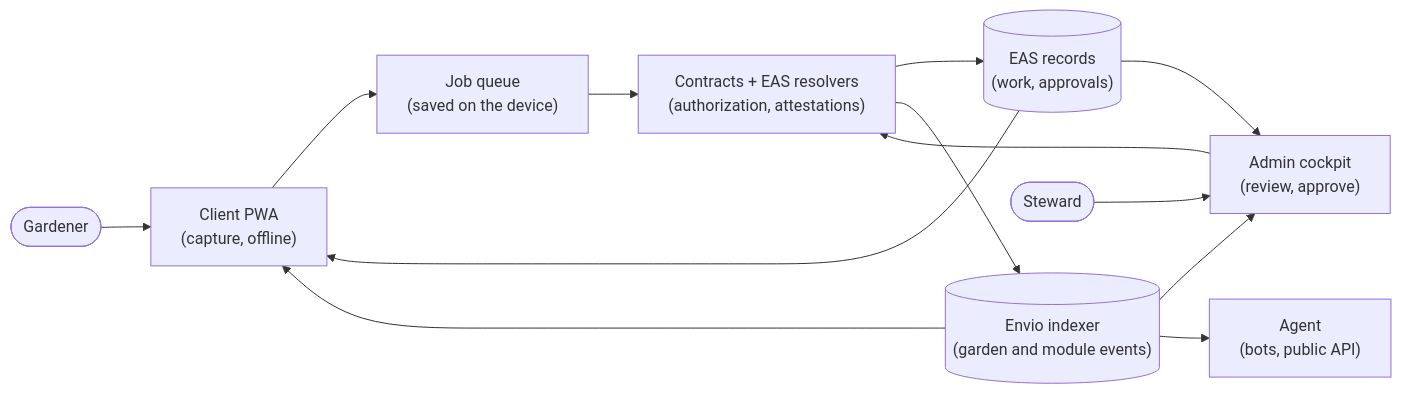
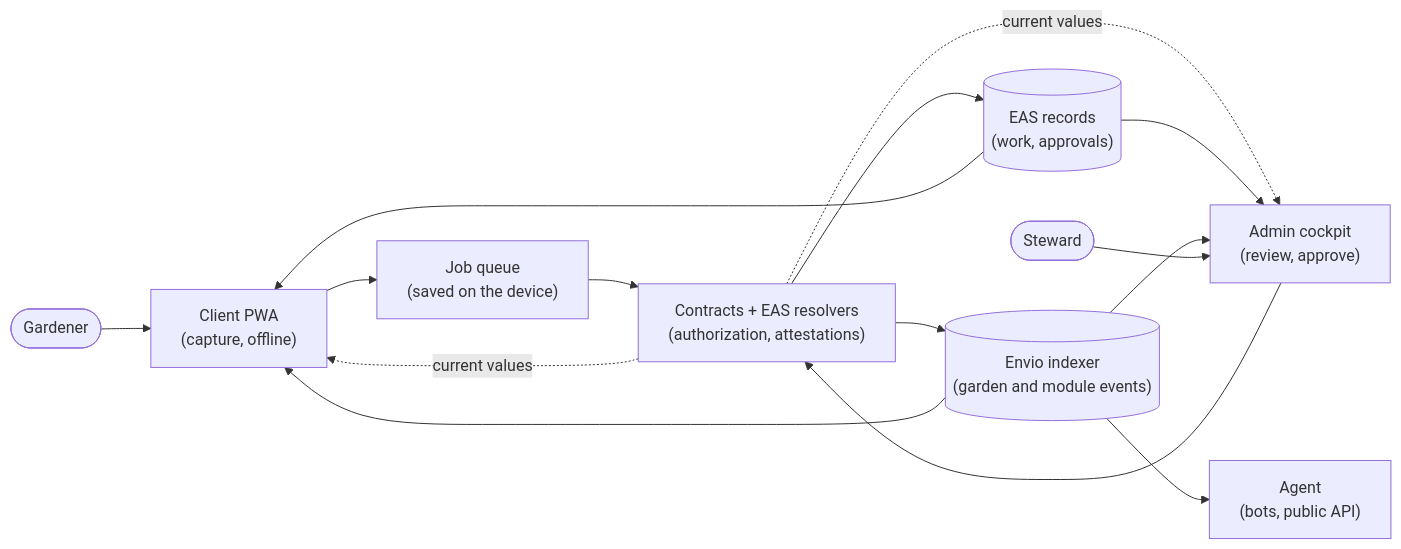
Before and after one commit to greenpill-dev-guild/green-goods: the diagram in docs/docs/builders/architecture.mdx, drawn with Mermaid. The commit also changed other lines of this file and 4 other files, not shown here.

````diff
--- a/docs/docs/builders/architecture.mdx
+++ b/docs/docs/builders/architecture.mdx
@@ -37,15 +37,17 @@
 ```mermaid
 flowchart LR
   gardener([Gardener]) --> client["Client PWA<br/>(capture, offline)"]
   client --> queue["Job queue<br/>(saved on the device)"]
   queue --> contracts["Contracts + EAS resolvers<br/>(authorization, attestations)"]
   contracts --> eas[("EAS records<br/>(work, approvals)")]
+  contracts -. current values .-> client
+  contracts -. current values .-> admin
   contracts --> indexer[("Envio indexer<br/>(garden and module events)")]
   eas --> client
   eas --> admin["Admin cockpit<br/>(review, approve)"]
   indexer --> client
   indexer --> admin
   indexer --> agent["Agent<br/>(bots, public API)"]
   steward([Steward]) --> admin
   admin --> contracts
 ```
````
